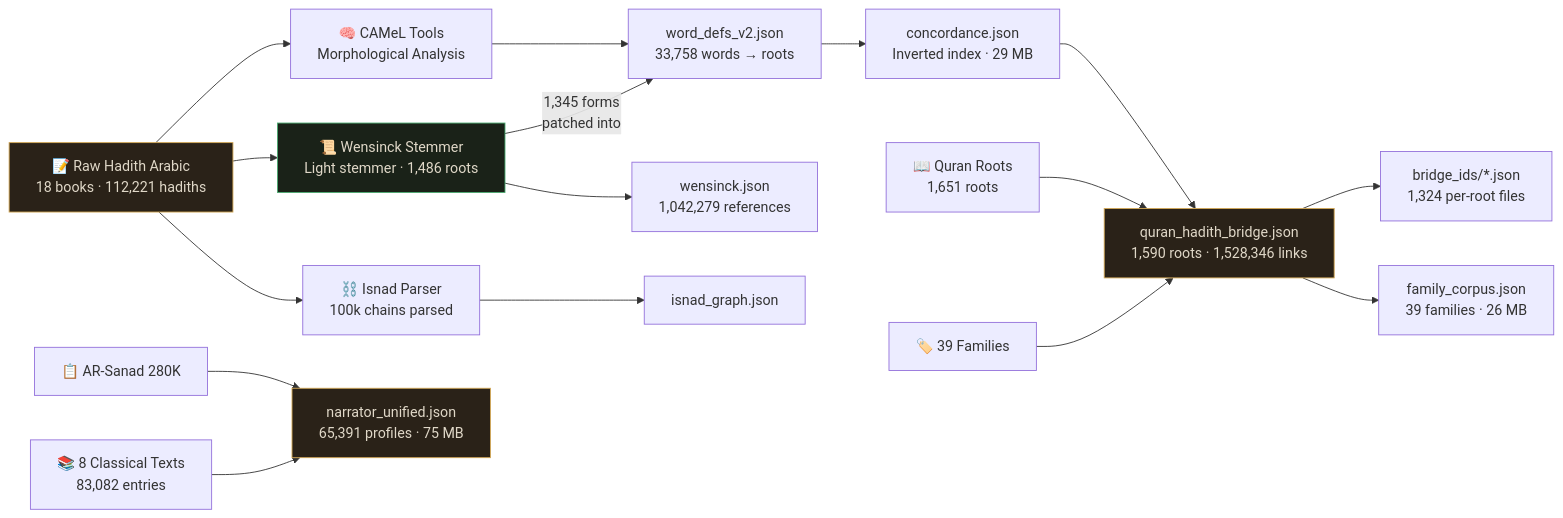
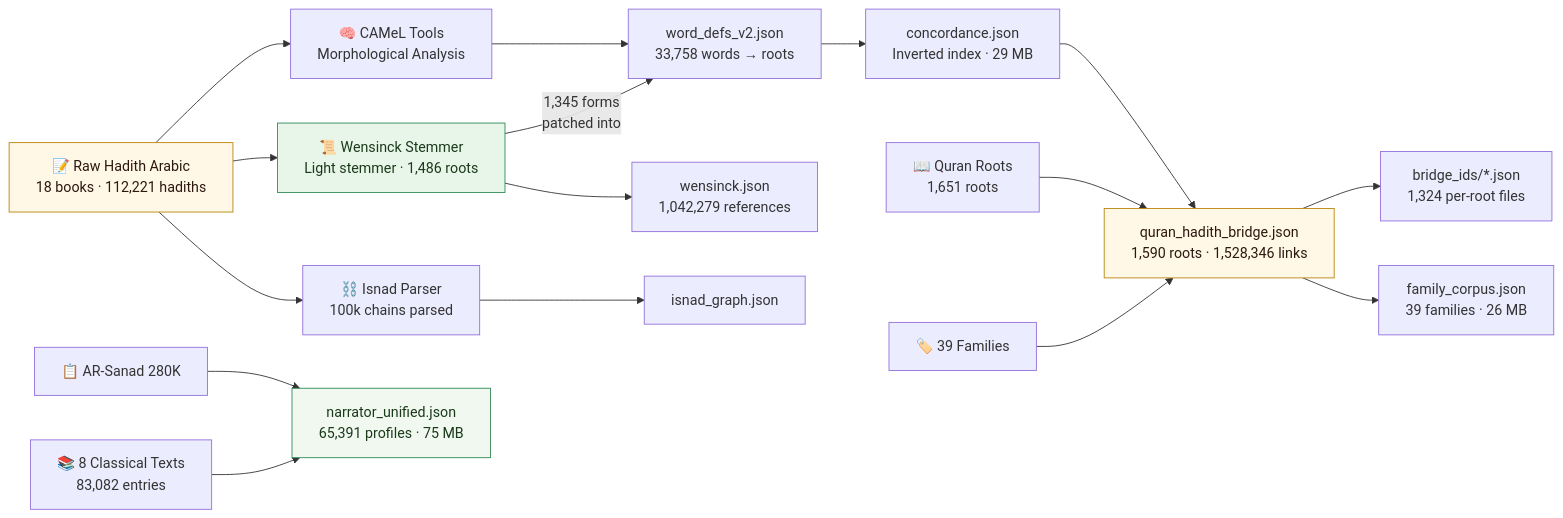
One commit to R3GENESI5/Itqan changed the second of 3 diagrams in README.md. Above: the diagram before and after it, drawn with Mermaid. The commit also changed other lines of this file, not shown here.

Commit message:
Fix Mermaid diagram colors (light bg for readability), update audit dashboard section

````diff
--- a/README.md
+++ b/README.md
@@ -802,26 +808,26 @@
 ```mermaid
 graph LR
     RAW["📝 Raw Hadith Arabic<br/>18 books · 112,221 hadiths"] --> CAMEL["🧠 CAMeL Tools<br/>Morphological Analysis"]
     CAMEL --> WD["word_defs_v2.json<br/>33,758 words → roots"]
     WD --> CONC["concordance.json<br/>Inverted index · 29 MB"]
     CONC --> BRIDGE["quran_hadith_bridge.json<br/>1,590 roots · 1,528,346 links"]
 
     RAW --> WENSINCK["📜 Wensinck Stemmer<br/>Light stemmer · 1,486 roots"]
     WENSINCK --> |"1,345 forms<br/>patched into"| WD
     WENSINCK --> WJSON["wensinck.json<br/>1,042,279 references"]
 
     QROOTS["📖 Quran Roots<br/>1,651 roots"] --> BRIDGE
     FAMILIES["🏷️ 39 Families"] --> BRIDGE
     BRIDGE --> BIDS["bridge_ids/*.json<br/>1,324 per-root files"]
     BRIDGE --> FCORP["family_corpus.json<br/>39 families · 26 MB"]
 
     RAW --> ISNAD["⛓️ Isnad Parser<br/>100k chains parsed"]
     ISNAD --> IG["isnad_graph.json"]
     ARSANAD["📋 AR-Sanad 280K"] --> UNIFIED["narrator_unified.json<br/>65,391 profiles · 75 MB"]
     OPENITI["📚 8 Classical Texts<br/>83,082 entries"] --> UNIFIED
 
-    style RAW fill:#2a2218,stroke:#d4a855,color:#e0d8c8
-    style BRIDGE fill:#2a2218,stroke:#d4a855,color:#e0d8c8
-    style UNIFIED fill:#2a2218,stroke:#d4a855,color:#e0d8c8
-    style WENSINCK fill:#1a2218,stroke:#4aaa70,color:#e0d8c8
+    style RAW fill:#fff8e7,stroke:#b8860b,color:#2c1810
+    style BRIDGE fill:#fff8e7,stroke:#b8860b,color:#2c1810
+    style UNIFIED fill:#f0f8f0,stroke:#2e8b57,color:#1a3a1a
+    style WENSINCK fill:#e8f5e9,stroke:#2e8b57,color:#1a3a1a
 ```
````
